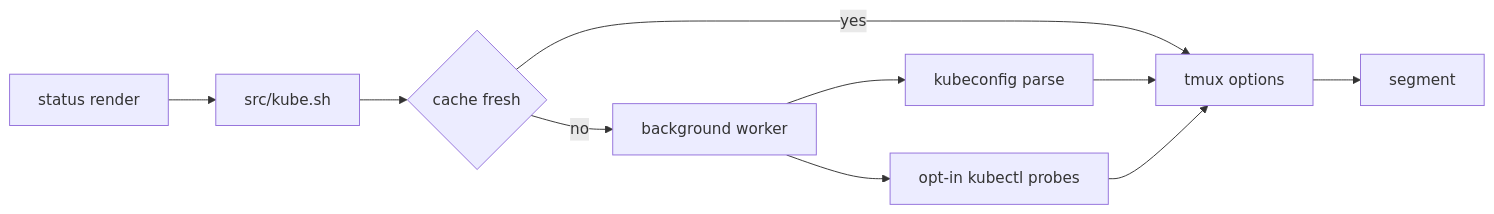
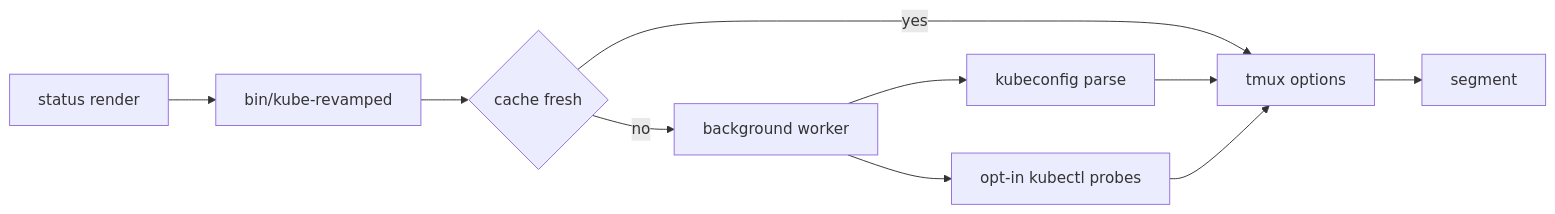
The diagram in README.md (tmux-revamped/tmux-kube-revamped), drawn with Mermaid before and after one commit. The commit also changed other lines of this file and 168 other files, not shown here.

````diff
--- a/README.md
+++ b/README.md
@@ -161,12 +191,12 @@
 ```mermaid
 graph LR
-    A[status render] --> B[src/kube.sh]
+    A[status render] --> B[bin/kube-revamped]
     B --> C{cache fresh}
     C -->|yes| D[tmux options]
     C -->|no| E[background worker]
     E --> F[kubeconfig parse]
     E --> G[opt-in kubectl probes]
     F --> D
     G --> D
     D --> H[segment]
 ```
````
